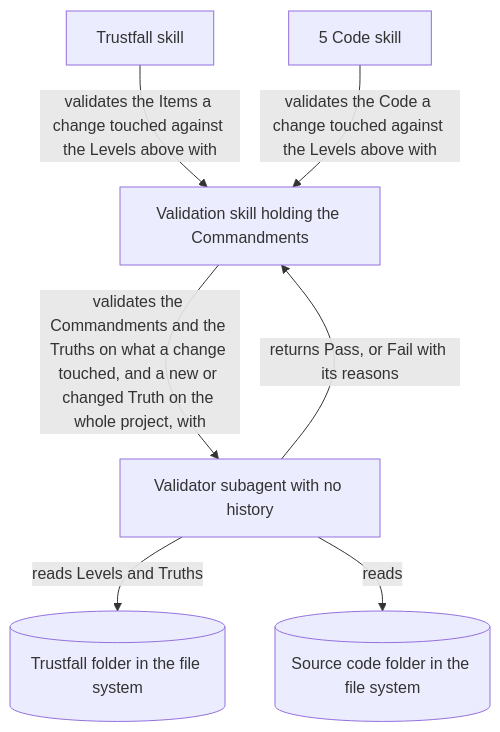
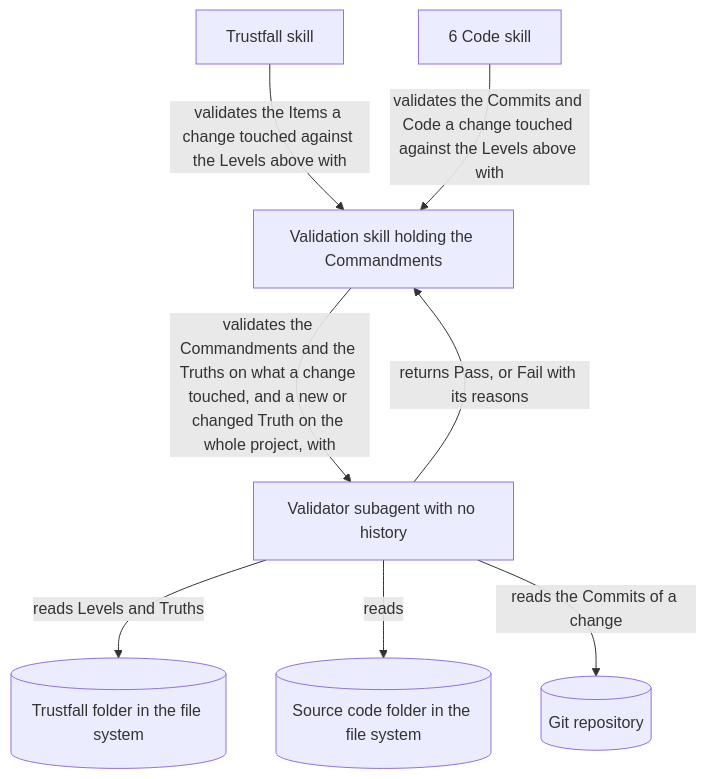
Before and after one commit to jehna/trustfall: the fourth of 4 diagrams in trustfall/3-architecture.md, drawn with Mermaid. The commit also changed other lines of this file and 12 other files, not shown here.

First line of the commit message:
Add Commits Level before Code

````diff
--- a/trustfall/3-architecture.md
+++ b/trustfall/3-architecture.md
@@ -36,15 +52,17 @@
 ```mermaid
 flowchart TD
   trustfall[Trustfall skill]
-  code[5 Code skill]
+  code[6 Code skill]
   validation[Validation skill holding the Commandments]
   subagent[Validator subagent with no history]
   levels[(Trustfall folder in the file system)]
   source[(Source code folder in the file system)]
+  git[(Git repository)]
   trustfall -- validates the Items a change touched against the Levels above with --> validation
-  code -- validates the Code a change touched against the Levels above with --> validation
+  code -- validates the Commits and Code a change touched against the Levels above with --> validation
   validation -- validates the Commandments and the Truths on what a change touched, and a new or changed Truth on the whole project, with --> subagent
   subagent -- reads Levels and Truths --> levels
   subagent -- reads --> source
+  subagent -- reads the Commits of a change --> git
   subagent -- returns Pass, or Fail with its reasons --> validation
 ```
````
